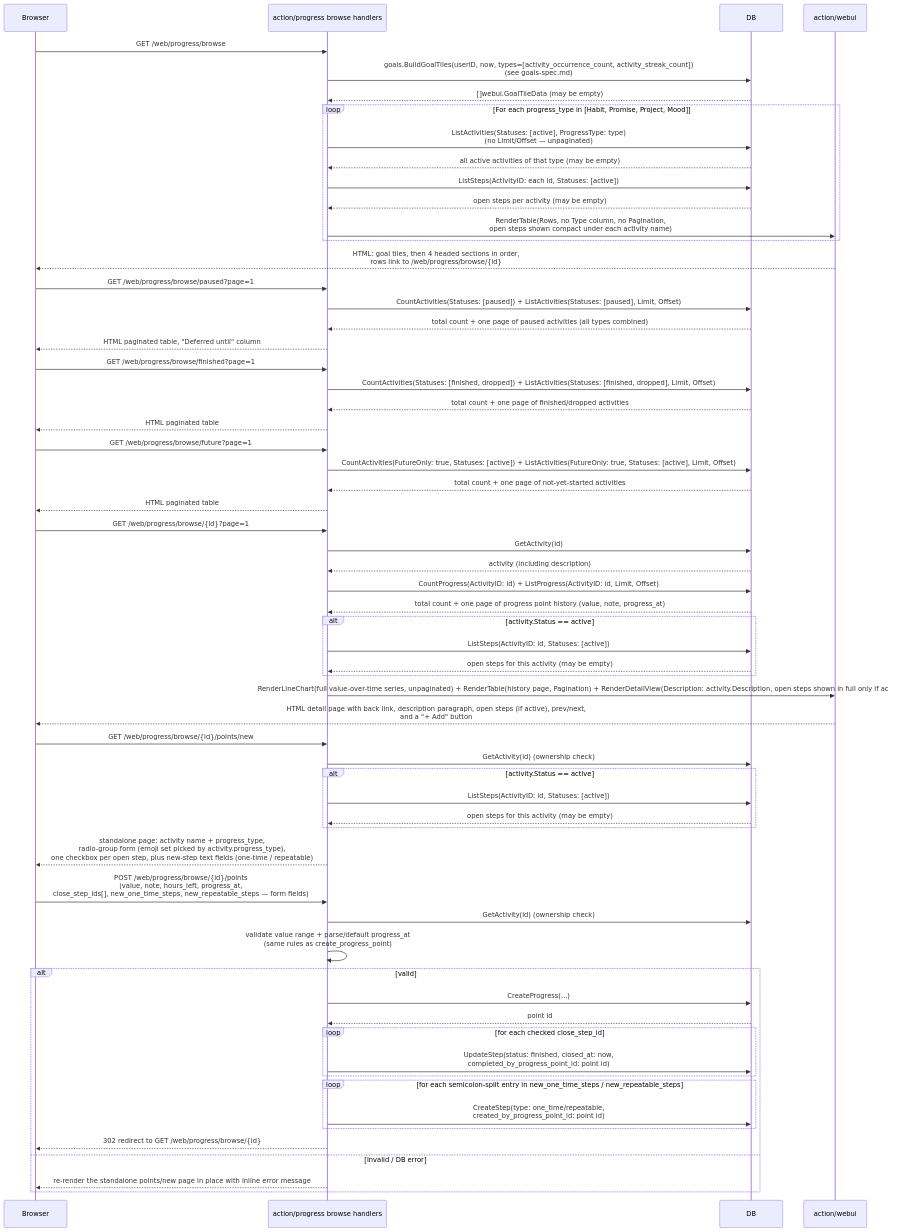
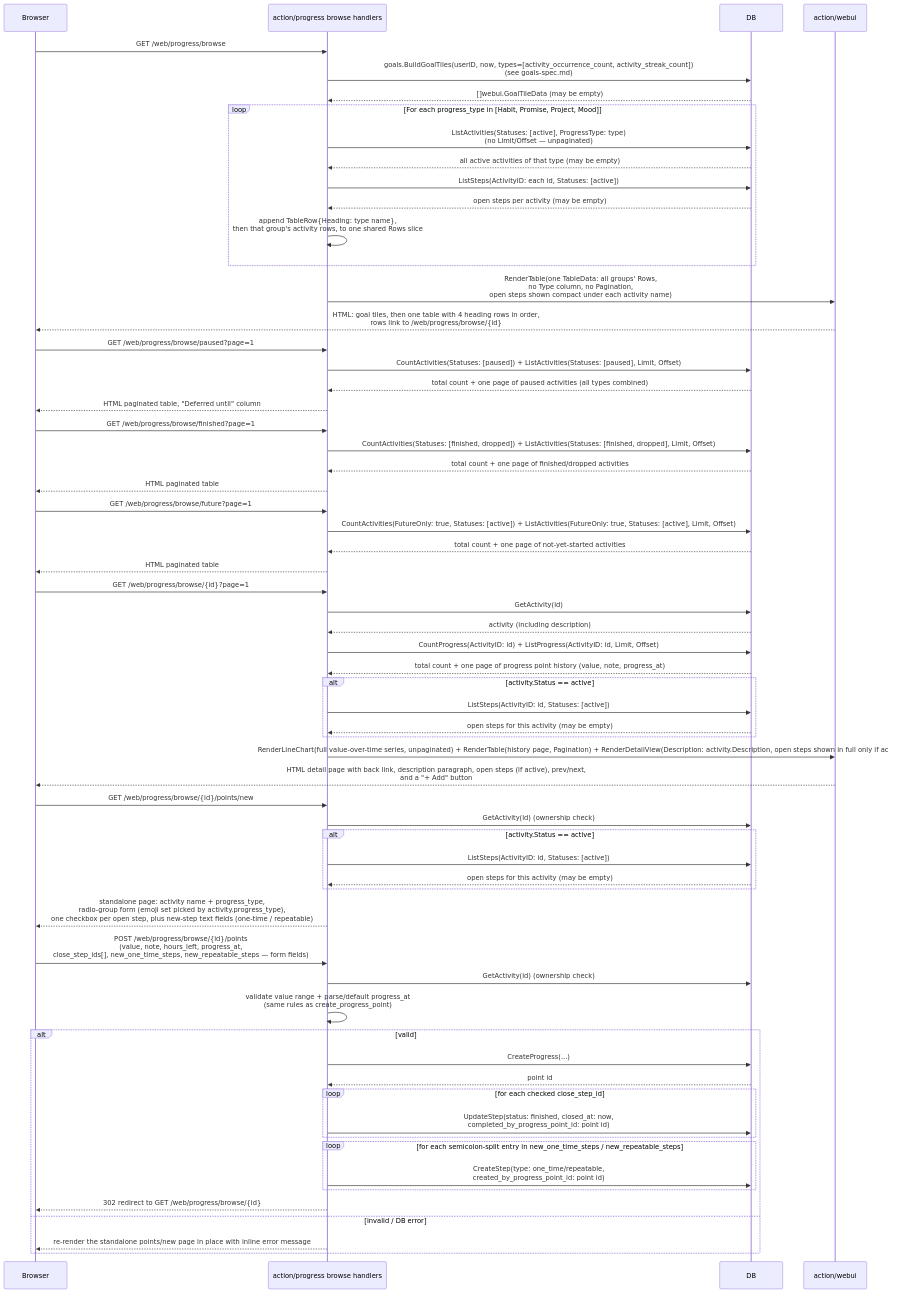
One commit to rusinikita/personal changed the fourth of 4 diagrams in docs/functions/progress-spec.md. Above: the diagram before and after it, drawn with Mermaid. The commit also changed other lines of this file and 6 other files, not shown here.

First line of the commit message:
refactor(progress): merge active-list section tables into one table

````diff
--- a/docs/functions/progress-spec.md
+++ b/docs/functions/progress-spec.md
@@ -178,71 +178,72 @@
 ```mermaid
 sequenceDiagram
     participant Browser
     participant Handler as action/progress browse handlers
     participant DB
     participant Webui as action/webui
 
     Browser->>Handler: GET /web/progress/browse
     Handler->>DB: goals.BuildGoalTiles(userID, now, types=[activity_occurrence_count, activity_streak_count])<br/>(see goals-spec.md)
     DB-->>Handler: []webui.GoalTileData (may be empty)
     loop For each progress_type in [Habit, Promise, Project, Mood]
         Handler->>DB: ListActivities(Statuses: [active], ProgressType: type)<br/>(no Limit/Offset — unpaginated)
         DB-->>Handler: all active activities of that type (may be empty)
         Handler->>DB: ListSteps(ActivityID: each id, Statuses: [active])
         DB-->>Handler: open steps per activity (may be empty)
-        Handler->>Webui: RenderTable(Rows, no Type column, no Pagination,<br/>open steps shown compact under each activity name)
+        Handler->>Handler: append TableRow{Heading: type name},<br/>then that group's activity rows, to one shared Rows slice
     end
-    Webui-->>Browser: HTML: goal tiles, then 4 headed sections in order,<br/>rows link to /web/progress/browse/{id}
+    Handler->>Webui: RenderTable(one TableData: all groups' Rows,<br/>no Type column, no Pagination,<br/>open steps shown compact under each activity name)
+    Webui-->>Browser: HTML: goal tiles, then one table with 4 heading rows in order,<br/>rows link to /web/progress/browse/{id}
 
     Browser->>Handler: GET /web/progress/browse/paused?page=1
     Handler->>DB: CountActivities(Statuses: [paused]) + ListActivities(Statuses: [paused], Limit, Offset)
     DB-->>Handler: total count + one page of paused activities (all types combined)
     Handler-->>Browser: HTML paginated table, "Deferred until" column
 
     Browser->>Handler: GET /web/progress/browse/finished?page=1
     Handler->>DB: CountActivities(Statuses: [finished, dropped]) + ListActivities(Statuses: [finished, dropped], Limit, Offset)
     DB-->>Handler: total count + one page of finished/dropped activities
     Handler-->>Browser: HTML paginated table
 
     Browser->>Handler: GET /web/progress/browse/future?page=1
     Handler->>DB: CountActivities(FutureOnly: true, Statuses: [active]) + ListActivities(FutureOnly: true, Statuses: [active], Limit, Offset)
     DB-->>Handler: total count + one page of not-yet-started activities
     Handler-->>Browser: HTML paginated table
 
     Browser->>Handler: GET /web/progress/browse/{id}?page=1
     Handler->>DB: GetActivity(id)
     DB-->>Handler: activity (including description)
     Handler->>DB: CountProgress(ActivityID: id) + ListProgress(ActivityID: id, Limit, Offset)
     DB-->>Handler: total count + one page of progress point history (value, note, progress_at)
     alt activity.Status == active
         Handler->>DB: ListSteps(ActivityID: id, Statuses: [active])
         DB-->>Handler: open steps for this activity (may be empty)
     end
     Handler->>Webui: RenderLineChart(full value-over-time series, unpaginated) + RenderTable(history page, Pagination) + RenderDetailView(Description: activity.Description, open steps shown in full only if active)
     Webui-->>Browser: HTML detail page with back link, description paragraph, open steps (if active), prev/next,<br/>and a "+ Add" button
 
     Browser->>Handler: GET /web/progress/browse/{id}/points/new
     Handler->>DB: GetActivity(id) (ownership check)
     alt activity.Status == active
         Handler->>DB: ListSteps(ActivityID: id, Statuses: [active])
         DB-->>Handler: open steps for this activity (may be empty)
     end
     Handler-->>Browser: standalone page: activity name + progress_type,<br/>radio-group form (emoji set picked by activity.progress_type),<br/>one checkbox per open step, plus new-step text fields (one-time / repeatable)
 
     Browser->>Handler: POST /web/progress/browse/{id}/points<br/>(value, note, hours_left, progress_at,<br/>close_step_ids[], new_one_time_steps, new_repeatable_steps — form fields)
     Handler->>DB: GetActivity(id) (ownership check)
     Handler->>Handler: validate value range + parse/default progress_at<br/>(same rules as create_progress_point)
     alt valid
         Handler->>DB: CreateProgress(...)
         DB-->>Handler: point id
         loop for each checked close_step_id
             Handler->>DB: UpdateStep(status: finished, closed_at: now,<br/>completed_by_progress_point_id: point id)
         end
         loop for each semicolon-split entry in new_one_time_steps / new_repeatable_steps
             Handler->>DB: CreateStep(type: one_time/repeatable,<br/>created_by_progress_point_id: point id)
         end
         Handler-->>Browser: 302 redirect to GET /web/progress/browse/{id}
     else invalid / DB error
         Handler-->>Browser: re-render the standalone points/new page in place with inline error message
     end
 ```
````
